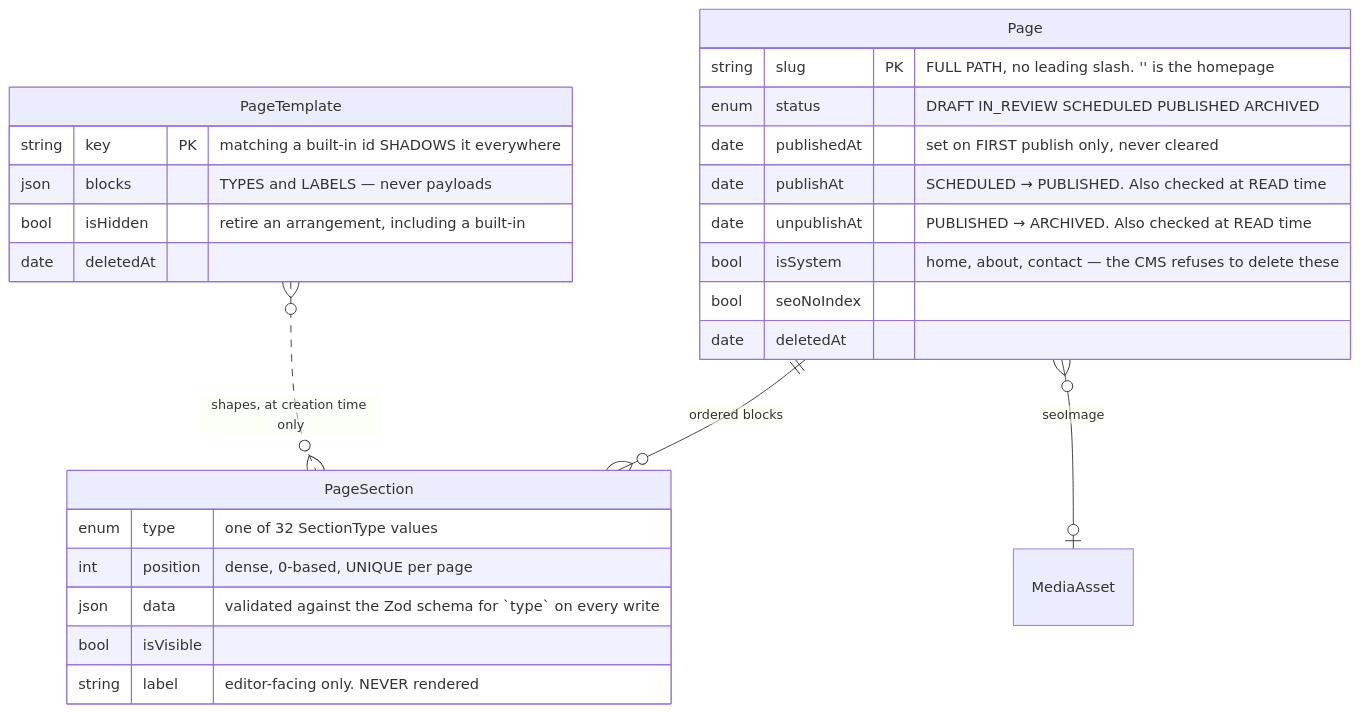
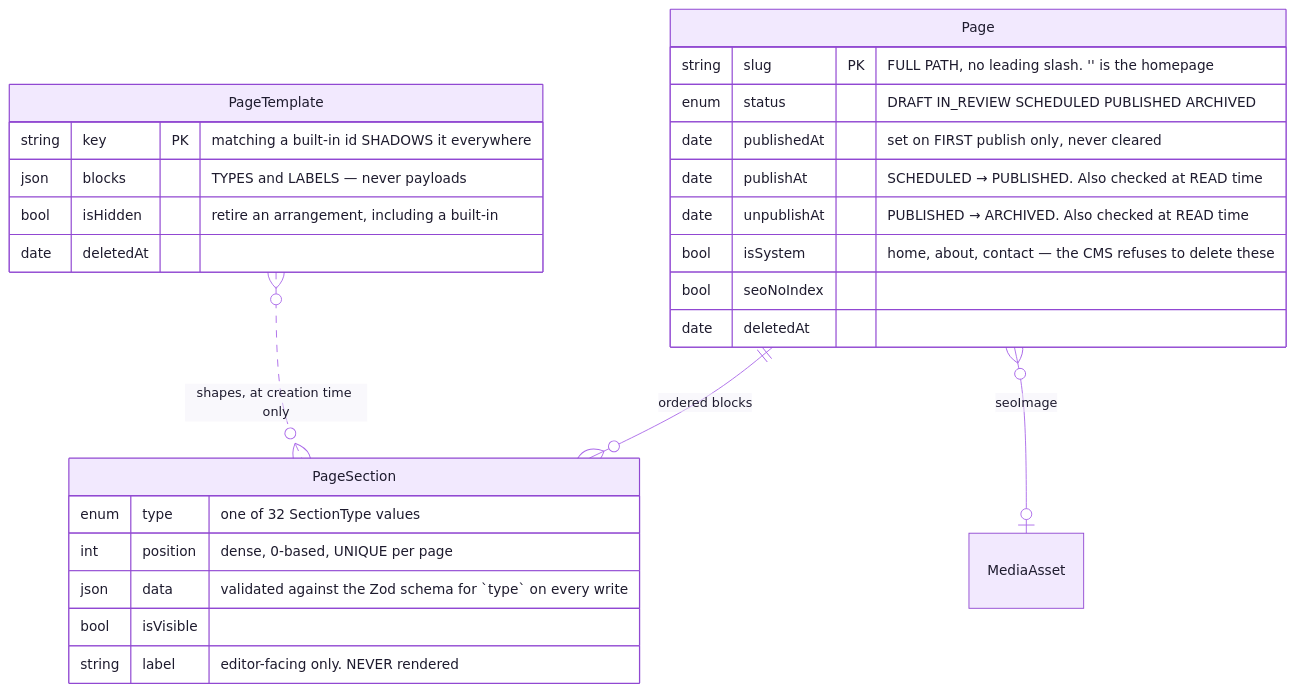
Before and after one commit to cxacraftecosystem-ui/cxa-cms: the second of 6 diagrams in docs/DATA-MODEL.md, drawn with Mermaid. The commit also changed other lines of this file and 8 other files, not shown here.

Commit message:
README showcase on the kit, and every doc brought to the live state: four cron routes, SES, upload tickets, permanent account delete, CI coverage, closed newsletter items, themed diagrams

````diff
--- a/docs/DATA-MODEL.md
+++ b/docs/DATA-MODEL.md
@@ -168,32 +173,33 @@
 ```mermaid
+%%{init: {"theme":"base","themeVariables":{"fontFamily":"Inter, ui-sans-serif, system-ui, -apple-system, Segoe UI, Roboto, Helvetica, Arial, sans-serif","fontSize":"15px","primaryColor":"#F2E9FE","primaryTextColor":"#1E1B2E","primaryBorderColor":"#9148D2","secondaryColor":"#FAEECD","secondaryTextColor":"#1E1B2E","secondaryBorderColor":"#CD9200","tertiaryColor":"#F3F1FA","tertiaryTextColor":"#1E1B2E","tertiaryBorderColor":"#A7A3BC","mainBkg":"#F2E9FE","nodeBorder":"#9148D2","nodeTextColor":"#1E1B2E","lineColor":"#AA69E9","textColor":"#857F9E","edgeLabelBackground":"#F9F5FF","clusterBkg":"#F9F5FF","clusterBorder":"#D6B6FB","titleColor":"#762CB1","noteBkgColor":"#FAEECD","noteTextColor":"#1E1B2E","noteBorderColor":"#CD9200","actorBkg":"#F2E9FE","actorBorder":"#9148D2","actorTextColor":"#1E1B2E","actorLineColor":"#AA69E9","signalColor":"#AA69E9","signalTextColor":"#857F9E","labelBoxBkgColor":"#F2E9FE","labelBoxBorderColor":"#9148D2","labelTextColor":"#1E1B2E","loopTextColor":"#857F9E","activationBkgColor":"#E7D5FE","activationBorderColor":"#9148D2","sequenceNumberColor":"#FFFFFF","transitionColor":"#AA69E9","transitionLabelColor":"#857F9E","stateLabelColor":"#1E1B2E","stateBkg":"#F2E9FE","compositeBackground":"#F9F5FF","compositeTitleBackground":"#F2E9FE","attributeBackgroundColorOdd":"#FFFFFF","attributeBackgroundColorEven":"#F9F5FF","relationColor":"#AA69E9","relationLabelBackground":"#F9F5FF","relationLabelColor":"#1E1B2E"}}}%%
 erDiagram
     Page ||--o{ PageSection : "ordered blocks"
     Page }o--o| MediaAsset : "seoImage"
     PageTemplate }o..o{ PageSection : "shapes, at creation time only"
 
     Page {
         string slug PK "FULL PATH, no leading slash. '' is the homepage"
         enum   status "DRAFT IN_REVIEW SCHEDULED PUBLISHED ARCHIVED"
         date   publishedAt "set on FIRST publish only, never cleared"
         date   publishAt "SCHEDULED → PUBLISHED. Also checked at READ time"
         date   unpublishAt "PUBLISHED → ARCHIVED. Also checked at READ time"
         bool   isSystem "home, about, contact — the CMS refuses to delete these"
         bool   seoNoIndex
         date   deletedAt
     }
 
     PageSection {
         enum type "one of 32 SectionType values"
         int  position "dense, 0-based, UNIQUE per page"
         json data "validated against the Zod schema for `type` on every write"
         bool isVisible
         string label "editor-facing only. NEVER rendered"
     }
 
     PageTemplate {
         string key PK "matching a built-in id SHADOWS it everywhere"
         json   blocks "TYPES and LABELS — never payloads"
         bool   isHidden "retire an arrangement, including a built-in"
         date   deletedAt
     }
 ```
````
